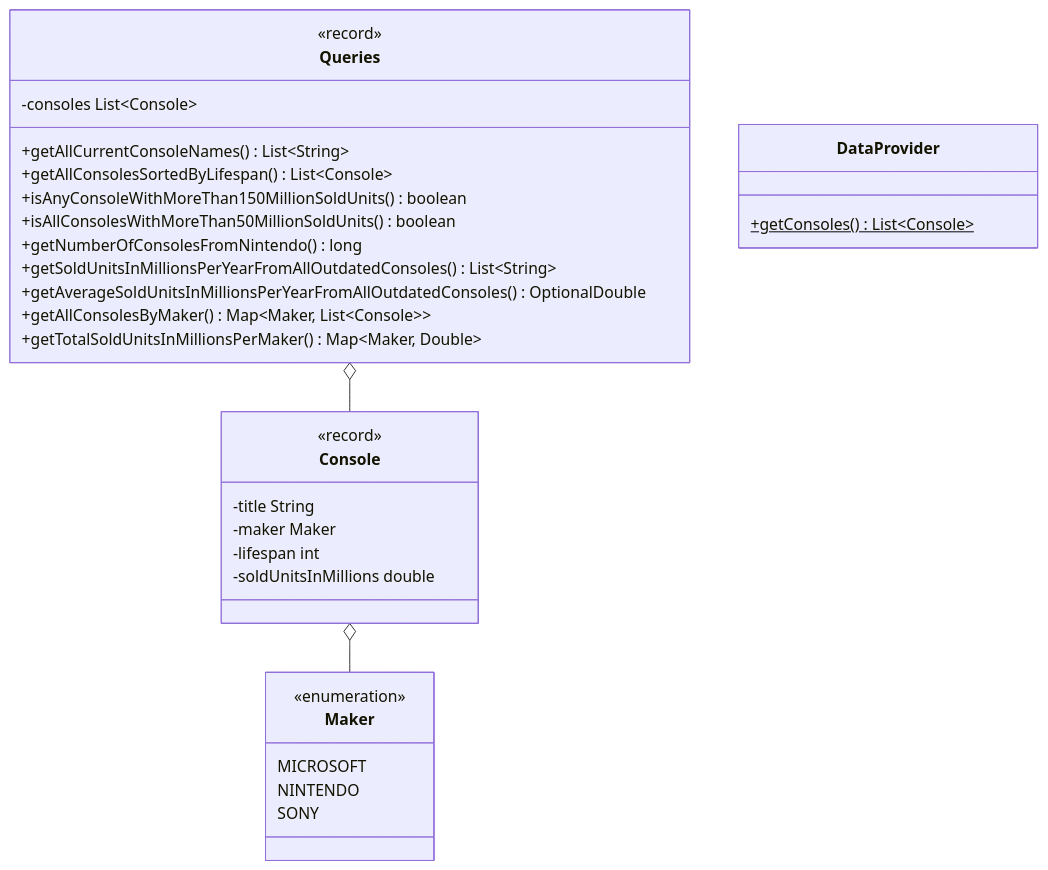
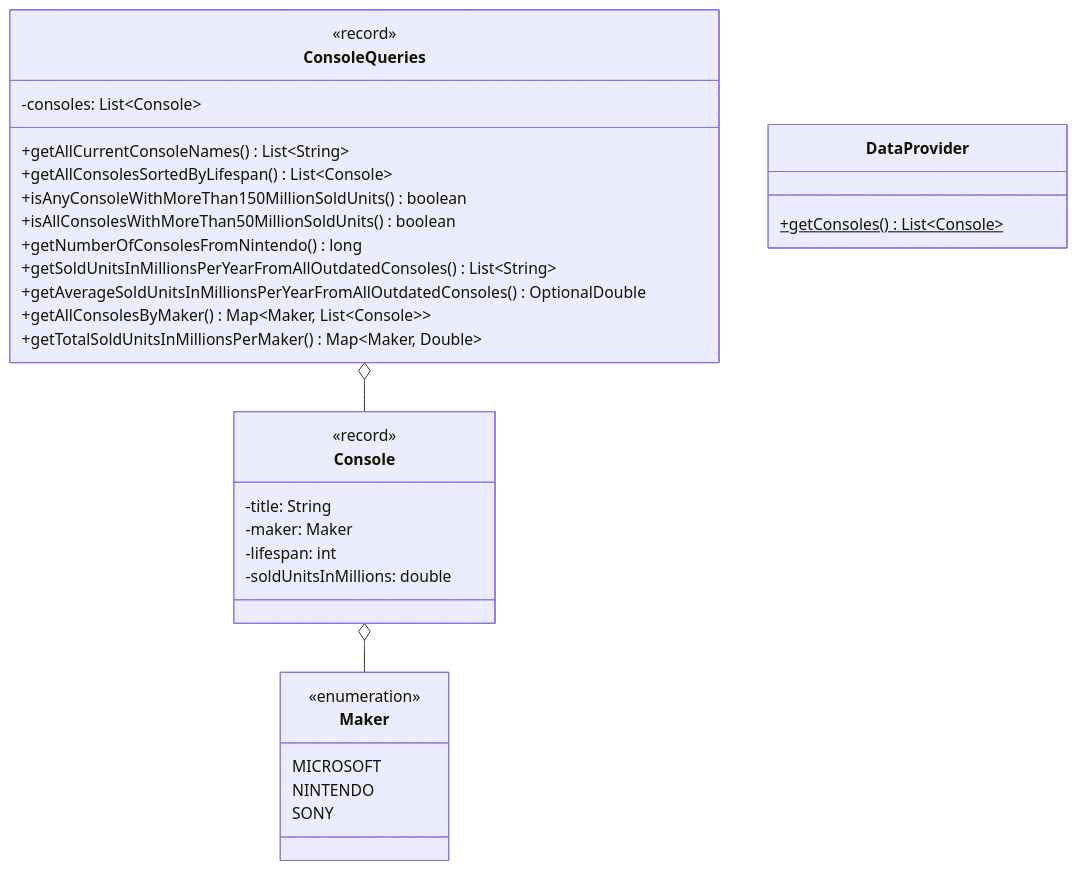
Before and after one commit to jappuccini/java-docs: the diagram in docs/exercises/java-stream-api/java-stream-api01.mdx, drawn with Mermaid. The commit also changed other lines of this file and 76 other files, not shown here.

Commit message:
uml fixes (colons, properties), headline fixes (italic) and exam result updates

````diff
--- a/docs/exercises/java-stream-api/java-stream-api01.mdx
+++ b/docs/exercises/java-stream-api/java-stream-api01.mdx
@@ -14,38 +14,38 @@
 ```mermaid
 classDiagram
     Console o-- Maker
-    Queries o-- Console
+    ConsoleQueries o-- Console
 
     class Maker {
         <<enumeration>>
         MICROSOFT
         NINTENDO
         SONY
     }
 
     class Console {
         <<record>>
-        -title String
-        -maker Maker
-        -lifespan int
-        -soldUnitsInMillions double
+        -title: String
+        -maker: Maker
+        -lifespan: int
+        -soldUnitsInMillions: double
     }
 
     class DataProvider {
         +getConsoles()$ List~Console~
     }
 
-    class Queries {
+    class ConsoleQueries {
         <<record>>
-        -consoles List~Console~
+        -consoles: List~Console~
         +getAllCurrentConsoleNames() List~String~
         +getAllConsolesSortedByLifespan() List~Console~
         +isAnyConsoleWithMoreThan150MillionSoldUnits() boolean
         +isAllConsolesWithMoreThan50MillionSoldUnits() boolean
         +getNumberOfConsolesFromNintendo() long
         +getSoldUnitsInMillionsPerYearFromAllOutdatedConsoles() List~String~
         +getAverageSoldUnitsInMillionsPerYearFromAllOutdatedConsoles() OptionalDouble
         +getAllConsolesByMaker() Map~Maker&sbquo; List~Console~~
-        +getTotalSoldUnitsInMillionsPerMaker() Map~Maker&sbquo; Double~
+        +getTotalSoldUnitsInMillionsPerMaker() Map~Maker, Double~
     }
 ```
````
